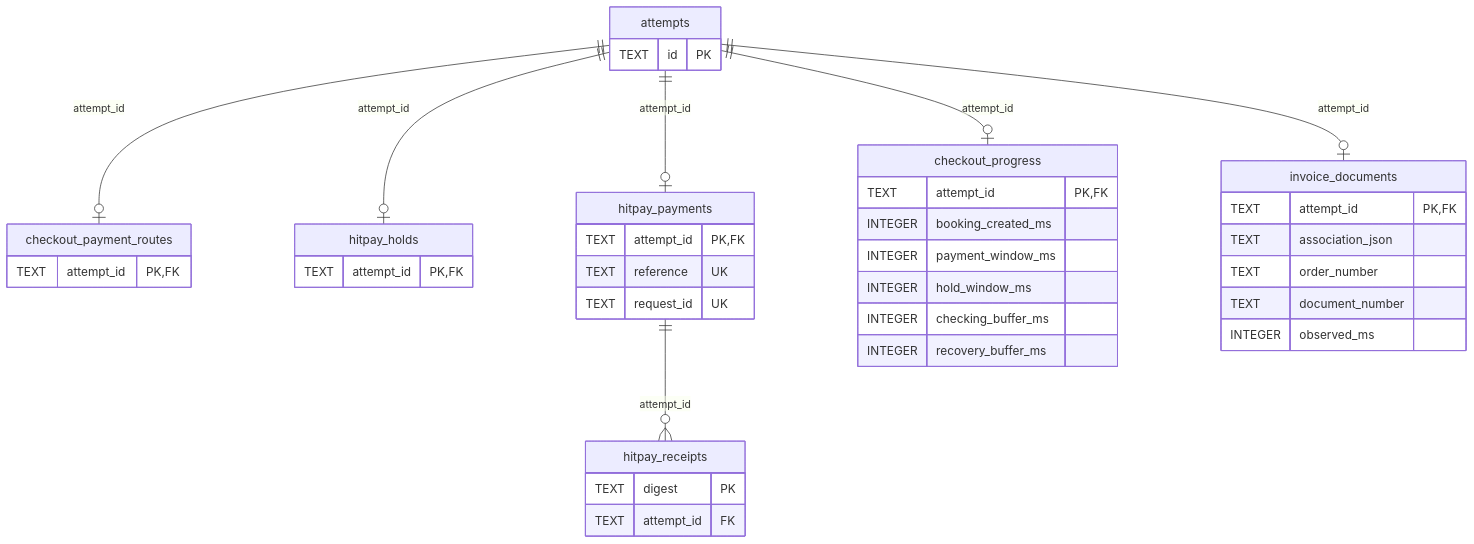
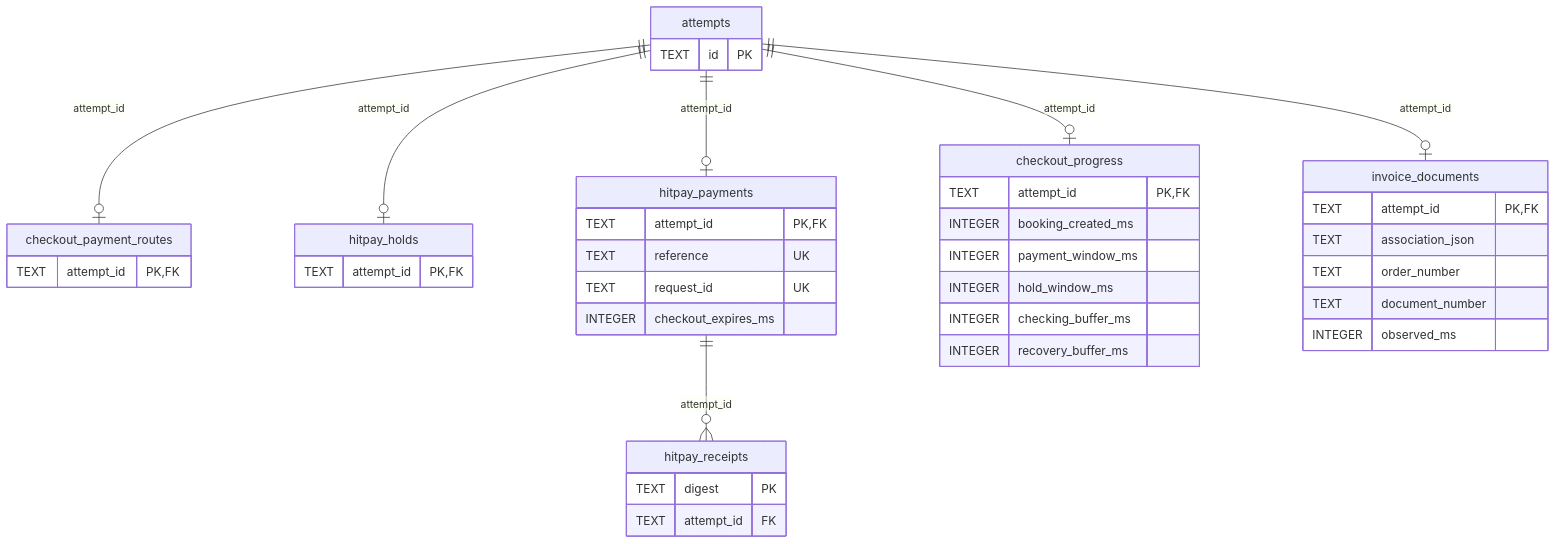
One commit to soccerbotstudiosg/soccerbotstudioSG changed the fourth of 8 diagrams in docs/architecture/database-schema.md. Above: the diagram before and after it, drawn with Mermaid. The commit also changed other lines of this file and 44 other files, not shown here.

````diff
--- a/docs/architecture/database-schema.md
+++ b/docs/architecture/database-schema.md
@@ -100,36 +100,37 @@
 ```mermaid
 erDiagram
   attempts ||--o| checkout_payment_routes : attempt_id
   attempts ||--o| hitpay_holds : attempt_id
   attempts ||--o| hitpay_payments : attempt_id
   attempts ||--o| checkout_progress : attempt_id
   attempts ||--o| invoice_documents : attempt_id
   hitpay_payments ||--o{ hitpay_receipts : attempt_id
   attempts { TEXT id PK }
   checkout_payment_routes { TEXT attempt_id PK, FK }
   hitpay_holds { TEXT attempt_id PK, FK }
   hitpay_payments {
     TEXT attempt_id PK, FK
     TEXT reference UK
     TEXT request_id UK
+    INTEGER checkout_expires_ms
   }
   hitpay_receipts {
     TEXT digest PK
     TEXT attempt_id FK
   }
   checkout_progress {
     TEXT attempt_id PK, FK
     INTEGER booking_created_ms
     INTEGER payment_window_ms
     INTEGER hold_window_ms
     INTEGER checking_buffer_ms
     INTEGER recovery_buffer_ms
   }
   invoice_documents {
     TEXT attempt_id PK, FK
     TEXT association_json
     TEXT order_number
     TEXT document_number
     INTEGER observed_ms
   }
 ```
````
